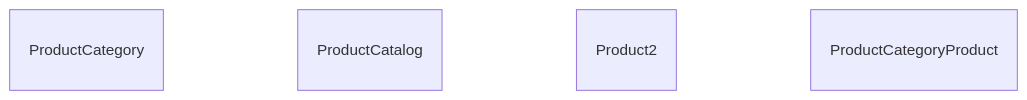
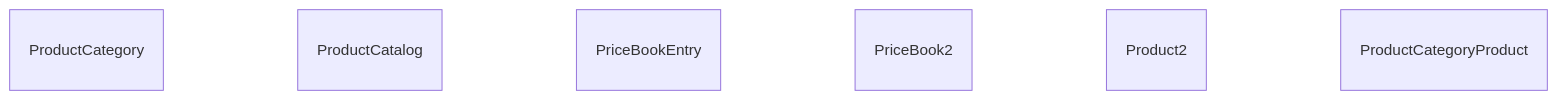
Before and after one commit to sebastianclaros/teatime: the first of 2 diagrams in docs/configuracion/intro.md, drawn with Mermaid. The commit also changed other lines of this file and 6 other files, not shown here.

````diff
--- a/docs/configuracion/intro.md
+++ b/docs/configuracion/intro.md
@@ -30,13 +30,17 @@
 ```mermaid
 erDiagram
 
 ProductCategory {
 }
 ProductCatalog {
 }
+PriceBookEntry {
+}
+PriceBook2 {
+}
 Product2 {
 }
 ProductCategoryProduct {
 }
 
 ```
````
